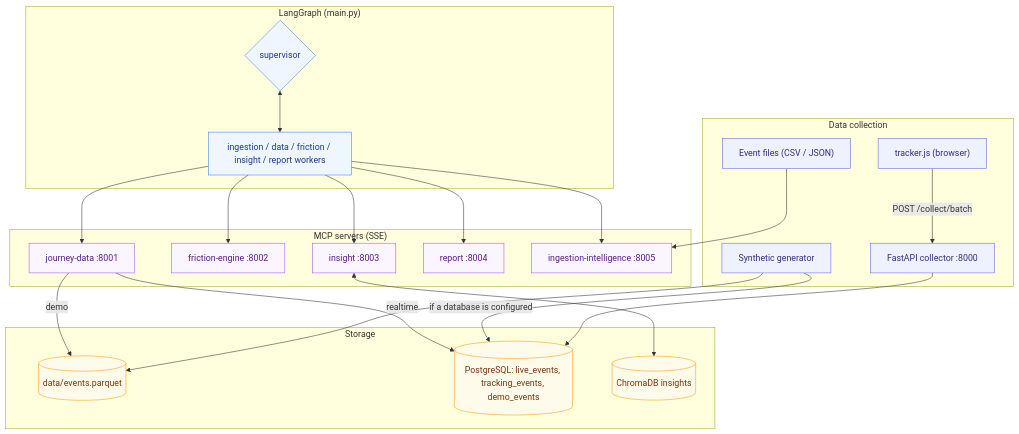
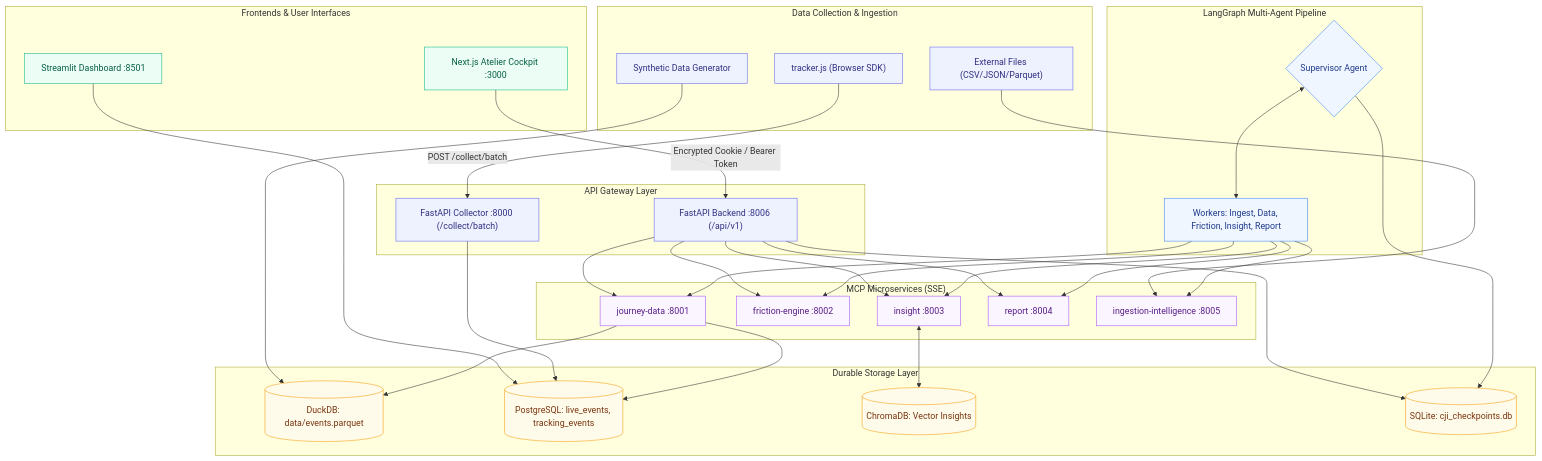
One commit to SBLab25/Atelier-Intelligence changed the diagram in README.md. Above: the diagram before and after it, drawn with Mermaid. The commit also changed other lines of this file and 80 other files, not shown here.

````diff
--- a/README.md
+++ b/README.md
@@ -153,43 +174,56 @@
 ```mermaid
 flowchart TB
     classDef client fill:#eef2ff,stroke:#6366f1,color:#312e81
     classDef data fill:#fffbeb,stroke:#f59e0b,color:#78350f
     classDef mcp fill:#faf5ff,stroke:#a855f7,color:#581c87
     classDef agent fill:#eff6ff,stroke:#3b82f6,color:#1e3a8a
+    classDef ui fill:#ecfdf5,stroke:#10b981,color:#065f46
 
-    subgraph Collection ["Data collection"]
-        tracker["tracker.js (browser)"]:::client
-        collector["FastAPI collector :8000"]:::client
-        generator["Synthetic generator"]:::client
-        files["Event files (CSV / JSON)"]:::client
+    subgraph UserInterfaces ["Frontends & User Interfaces"]
+        cockpit["Next.js Atelier Cockpit :3000"]:::ui
+        dashboard["Streamlit Dashboard :8501"]:::ui
     end
 
-    subgraph Storage ["Storage"]
-        parquet[("data/events.parquet")]:::data
-        pg[("PostgreSQL: live_events, tracking_events, demo_events")]:::data
-        chroma[("ChromaDB insights")]:::data
+    subgraph APIBoundary ["API Gateway Layer"]
+        api["FastAPI Backend :8006 (/api/v1)"]:::client
+        collector["FastAPI Collector :8000 (/collect/batch)"]:::client
     end
 
-    subgraph MCP ["MCP servers (SSE)"]
+    subgraph Collection ["Data Collection & Ingestion"]
+        tracker["tracker.js (Browser SDK)"]:::client
+        generator["Synthetic Data Generator"]:::client
+        files["External Files (CSV/JSON/Parquet)"]:::client
+    end
+
+    subgraph Storage ["Durable Storage Layer"]
+        parquet[("DuckDB: data/events.parquet")]:::data
+        pg[("PostgreSQL: live_events, tracking_events")]:::data
+        chroma[("ChromaDB: Vector Insights")]:::data
+        sqlite[("SQLite: cji_checkpoints.db")]:::data
+    end
+
+    subgraph MCP ["MCP Microservices (SSE)"]
         journey["journey-data :8001"]:::mcp
         friction["friction-engine :8002"]:::mcp
         insight["insight :8003"]:::mcp
         report["report :8004"]:::mcp
         ingestion["ingestion-intelligence :8005"]:::mcp
     end
 
-    subgraph Agents ["LangGraph (main.py)"]
-        supervisor{"supervisor"}:::agent
-        workers["ingestion / data / friction / insight / report workers"]:::agent
+    subgraph Agents ["LangGraph Multi-Agent Pipeline"]
+        supervisor{"Supervisor Agent"}:::agent
+        workers["Workers: Ingest, Data, Friction, Insight, Report"]:::agent
     end
 
+    cockpit -->|"Encrypted Cookie / Bearer Token"| api
+    dashboard --> pg
     tracker -->|"POST /collect/batch"| collector --> pg
     generator --> parquet
-    generator -->|"if a database is configured"| pg
     files --> ingestion
-    journey -->|"demo"| parquet
-    journey -->|"realtime"| pg
-    insight <--> chroma
+    api --> journey & friction & insight & report & sqlite
     supervisor <--> workers
     workers --> journey & friction & insight & report & ingestion
+    journey --> parquet & pg
+    insight <--> chroma
+    supervisor --> sqlite
 ```
````
